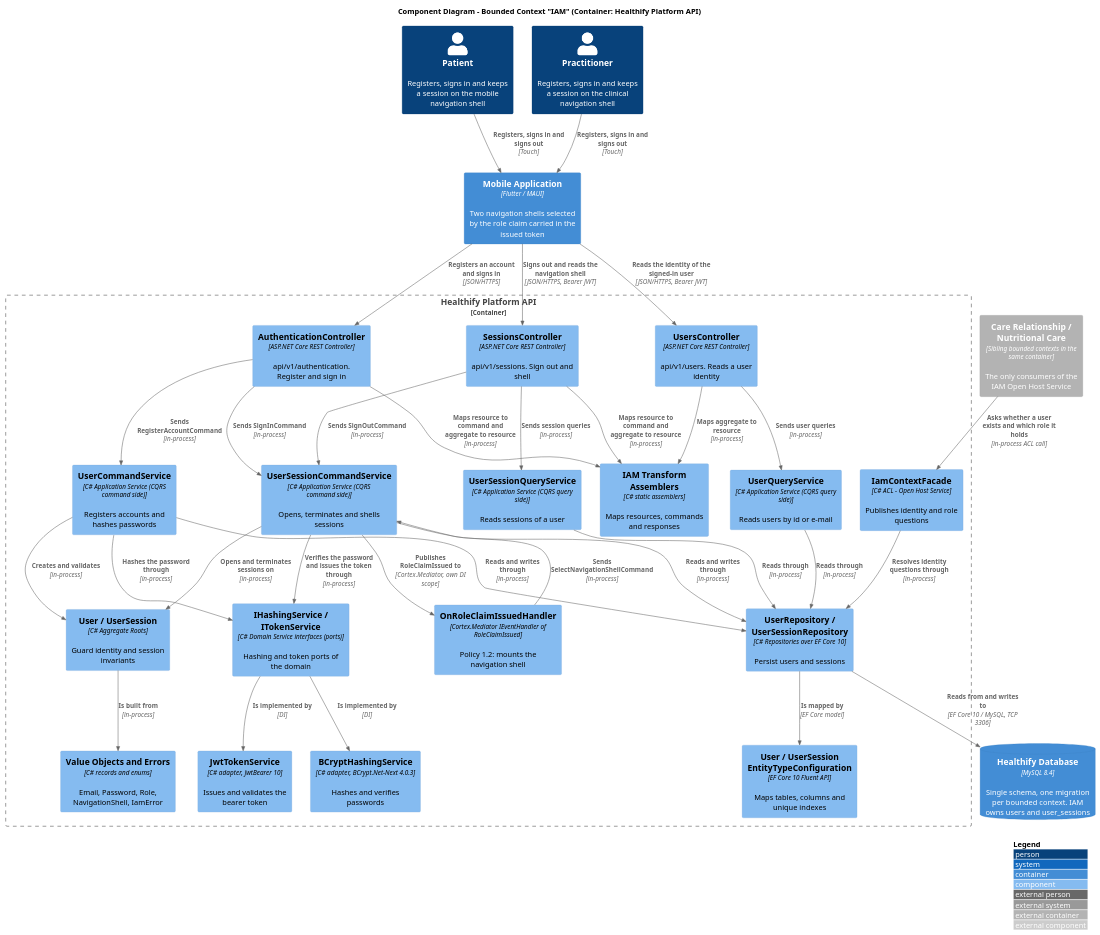
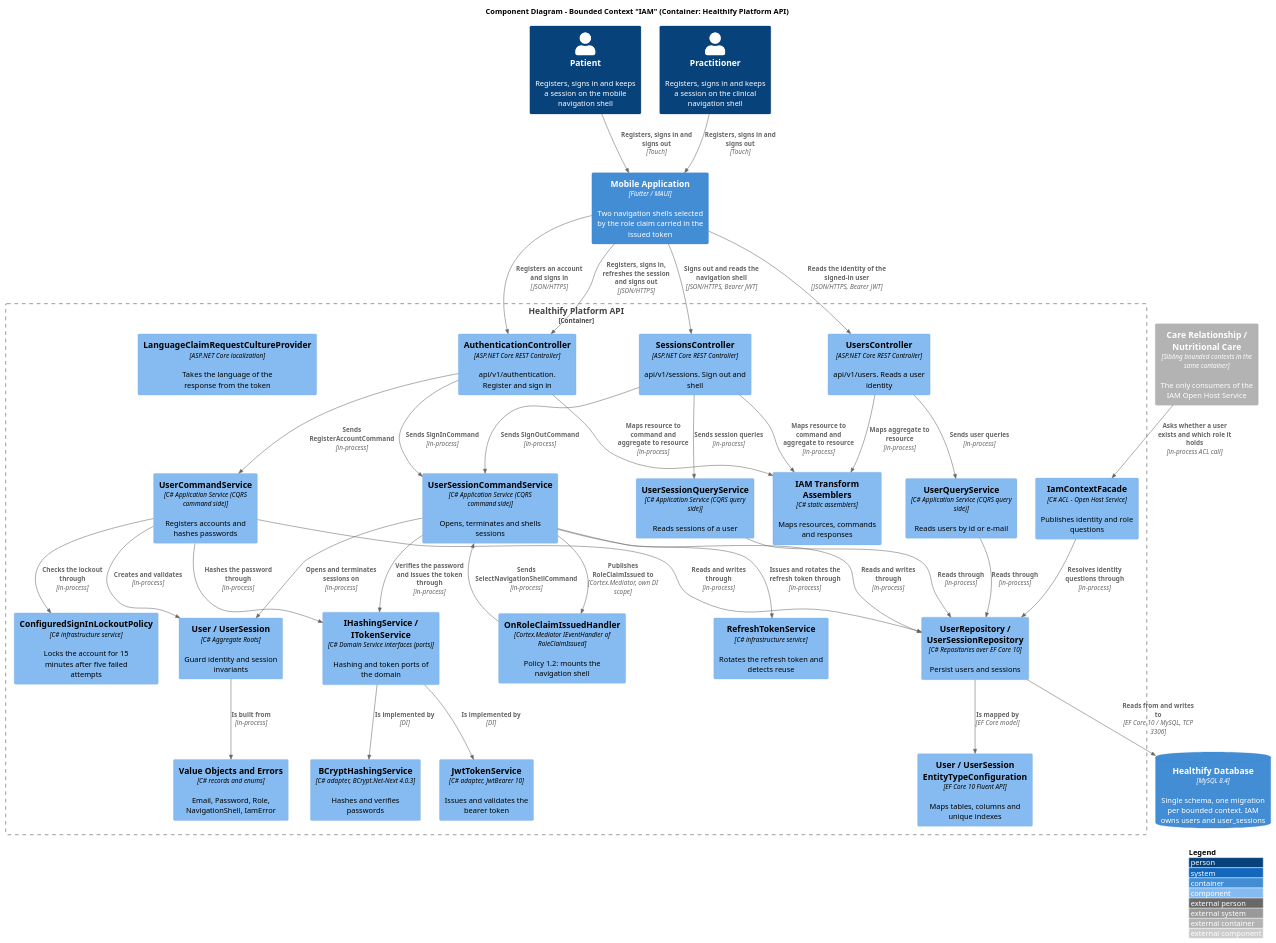
Before and after one commit to upc-pre-202620-1acc0238-13981-nutrisync/healthify-report: the diagram in docs/c4-diagrams/iam.puml, drawn with PlantUML. The commit also changed 1 other file, not shown here.

Commit message:
refactor(diagrams): update C4 component diagrams for generic contexts

```diff
--- a/docs/c4-diagrams/iam.puml
+++ b/docs/c4-diagrams/iam.puml
@@ -1,79 +1,87 @@
 @startuml Iam_Component_Diagram
 !include https://raw.githubusercontent.com/plantuml-stdlib/C4-PlantUML/master/C4_Component.puml
 
 LAYOUT_TOP_DOWN()
 LAYOUT_WITH_LEGEND()
 
 title Component Diagram - Bounded Context "IAM" (Container: Healthify Platform API)
 
 Person(patient, "Patient", "Registers, signs in and keeps a session on the mobile navigation shell")
 Person(practitioner, "Practitioner", "Registers, signs in and keeps a session on the clinical navigation shell")
 
 Container(mobile, "Mobile Application", "Flutter / MAUI", "Two navigation shells selected by the role claim carried in the issued token")
 
 Container_Boundary(api, "Healthify Platform API") {
 
     Component(authController, "AuthenticationController", "ASP.NET Core REST Controller", "api/v1/authentication. Register and sign in")
     Component(sessionsController, "SessionsController", "ASP.NET Core REST Controller", "api/v1/sessions. Sign out and shell")
     Component(usersController, "UsersController", "ASP.NET Core REST Controller", "api/v1/users. Reads a user identity")
     Component(iamAssemblers, "IAM Transform Assemblers", "C# static assemblers", "Maps resources, commands and responses")
 
     Component(userCmdService, "UserCommandService", "C# Application Service (CQRS command side)", "Registers accounts and hashes passwords")
     Component(sessionCmdService, "UserSessionCommandService", "C# Application Service (CQRS command side)", "Opens, terminates and shells sessions")
     Component(userQryService, "UserQueryService", "C# Application Service (CQRS query side)", "Reads users by id or e-mail")
     Component(sessionQryService, "UserSessionQueryService", "C# Application Service (CQRS query side)", "Reads sessions of a user")
     Component(roleClaimHandler, "OnRoleClaimIssuedHandler", "Cortex.Mediator IEventHandler of RoleClaimIssued", "Policy 1.2: mounts the navigation shell")
     Component(iamFacade, "IamContextFacade", "C# ACL - Open Host Service", "Publishes identity and role questions")
 
     Component(userAggregate, "User / UserSession", "C# Aggregate Roots", "Guard identity and session invariants")
     Component(valueObjects, "Value Objects and Errors", "C# records and enums", "Email, Password, Role, NavigationShell, IamError")
     Component(domainServices, "IHashingService / ITokenService", "C# Domain Service interfaces (ports)", "Hashing and token ports of the domain")
 
     Component(bcrypt, "BCryptHashingService", "C# adapter, BCrypt.Net-Next 4.0.3", "Hashes and verifies passwords")
     Component(jwt, "JwtTokenService", "C# adapter, JwtBearer 10", "Issues and validates the bearer token")
     Component(userRepos, "UserRepository / UserSessionRepository", "C# Repositories over EF Core 10", "Persist users and sessions")
     Component(efcConfig, "User / UserSession EntityTypeConfiguration", "EF Core 10 Fluent API", "Maps tables, columns and unique indexes")
+
+    Component(refreshTokenService, "RefreshTokenService", "C# infrastructure service", "Rotates the refresh token and detects reuse")
+    Component(lockoutPolicy, "ConfiguredSignInLockoutPolicy", "C# infrastructure service", "Locks the account for 15 minutes after five failed attempts")
+    Component(languageProvider, "LanguageClaimRequestCultureProvider", "ASP.NET Core localization", "Takes the language of the response from the token")
 }
 
 ContainerDb(db, "Healthify Database", "MySQL 8.4", "Single schema, one migration per bounded context. IAM owns users and user_sessions")
 
 Container_Ext(otherContexts, "Care Relationship / Nutritional Care", "Sibling bounded contexts in the same container", "The only consumers of the IAM Open Host Service")
 
 Rel(patient, mobile, "Registers, signs in and signs out", "Touch")
 Rel(practitioner, mobile, "Registers, signs in and signs out", "Touch")
 Rel(mobile, authController, "Registers an account and signs in", "JSON/HTTPS")
 Rel(mobile, sessionsController, "Signs out and reads the navigation shell", "JSON/HTTPS, Bearer JWT")
 Rel(mobile, usersController, "Reads the identity of the signed-in user", "JSON/HTTPS, Bearer JWT")
 
 Rel(authController, iamAssemblers, "Maps resource to command and aggregate to resource", "in-process")
 Rel(sessionsController, iamAssemblers, "Maps resource to command and aggregate to resource", "in-process")
 Rel(usersController, iamAssemblers, "Maps aggregate to resource", "in-process")
 
 Rel(authController, userCmdService, "Sends RegisterAccountCommand", "in-process")
 Rel(authController, sessionCmdService, "Sends SignInCommand", "in-process")
 Rel(sessionsController, sessionCmdService, "Sends SignOutCommand", "in-process")
 Rel(sessionsController, sessionQryService, "Sends session queries", "in-process")
 Rel(usersController, userQryService, "Sends user queries", "in-process")
 
 Rel(userCmdService, userAggregate, "Creates and validates", "in-process")
 Rel(sessionCmdService, userAggregate, "Opens and terminates sessions on", "in-process")
 Rel(userAggregate, valueObjects, "Is built from", "in-process")
 Rel(userCmdService, domainServices, "Hashes the password through", "in-process")
 Rel(sessionCmdService, domainServices, "Verifies the password and issues the token through", "in-process")
 Rel(domainServices, bcrypt, "Is implemented by", "DI")
 Rel(domainServices, jwt, "Is implemented by", "DI")
 
 Rel(sessionCmdService, roleClaimHandler, "Publishes RoleClaimIssued to", "Cortex.Mediator, own DI scope")
 Rel(roleClaimHandler, sessionCmdService, "Sends SelectNavigationShellCommand", "in-process")
 
 Rel(userCmdService, userRepos, "Reads and writes through", "in-process")
 Rel(sessionCmdService, userRepos, "Reads and writes through", "in-process")
 Rel(userQryService, userRepos, "Reads through", "in-process")
 Rel(sessionQryService, userRepos, "Reads through", "in-process")
 Rel(iamFacade, userRepos, "Resolves identity questions through", "in-process")
 Rel(userRepos, efcConfig, "Is mapped by", "EF Core model")
 Rel(userRepos, db, "Reads from and writes to", "EF Core 10 / MySQL, TCP 3306")
 
 Rel(otherContexts, iamFacade, "Asks whether a user exists and which role it holds", "in-process ACL call")
 
+Rel(sessionCmdService, refreshTokenService, "Issues and rotates the refresh token through", "in-process")
+Rel(userCmdService, lockoutPolicy, "Checks the lockout through", "in-process")
+Rel(mobile, authController, "Registers, signs in, refreshes the session and signs out", "JSON/HTTPS")
+
 @enduml
```
